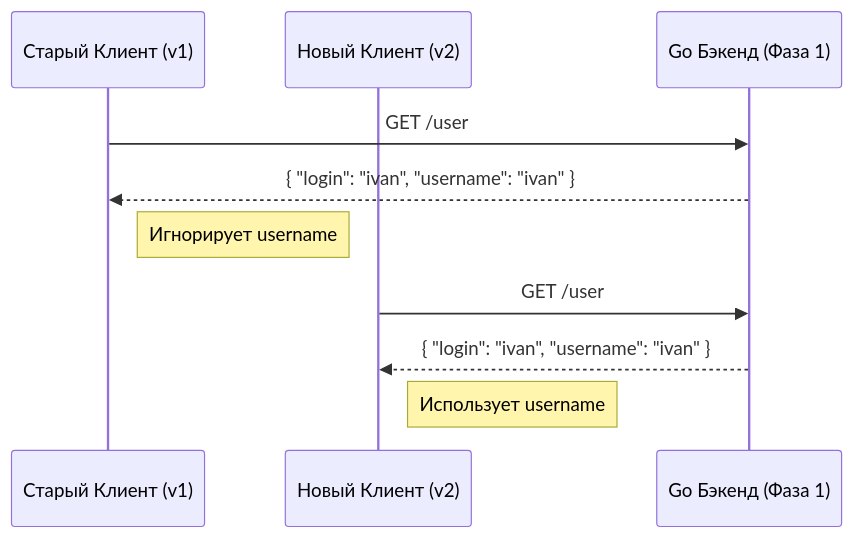
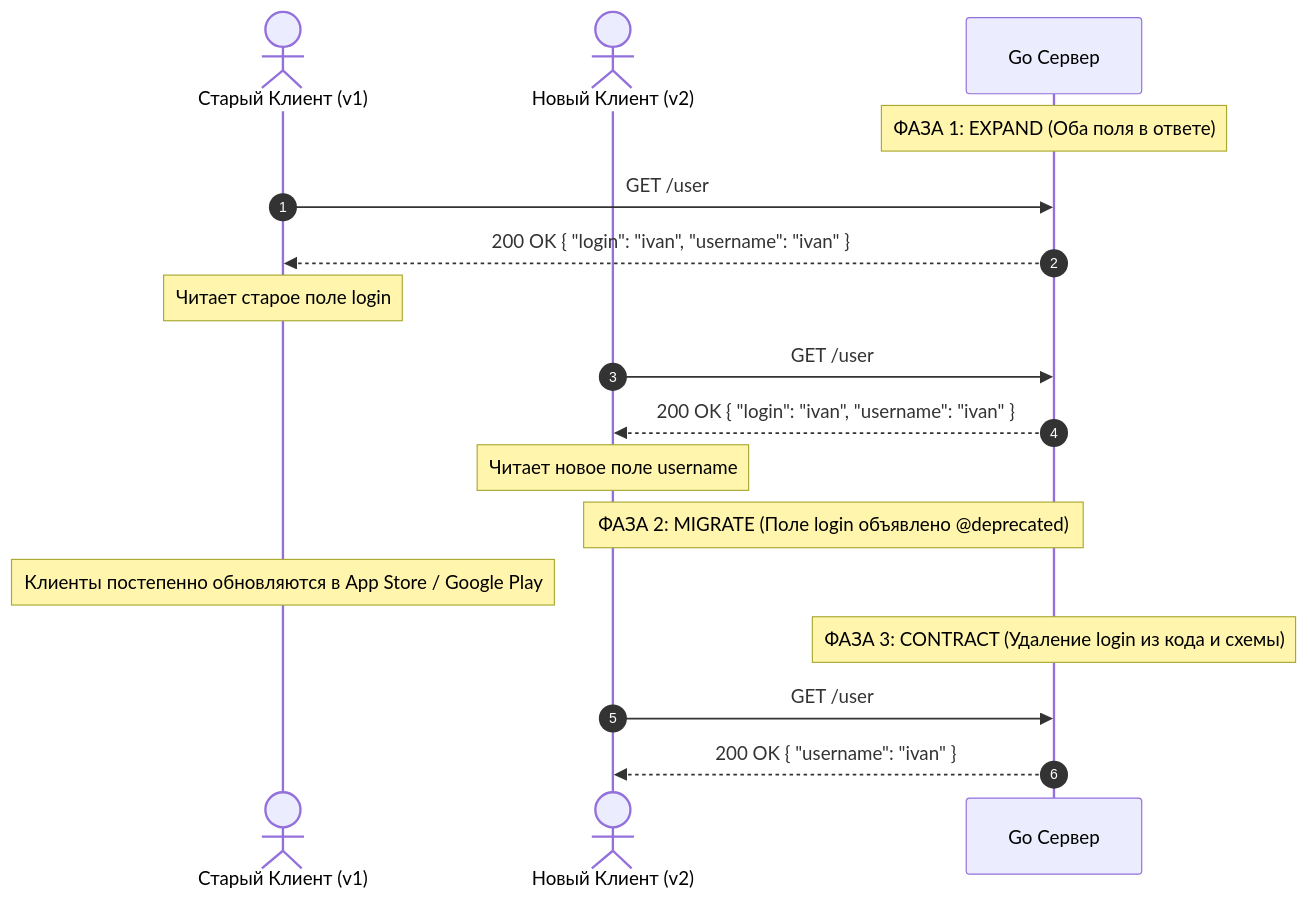
Before and after one commit to UnrealTemplier/go-textbook: the third of 3 diagrams in sources/10. Проектирование API и Сетевые протоколы/27. Backward compatibility.md, drawn with Mermaid. The commit also changed other lines of this file, not shown here.

````diff
--- a/sources/10. Проектирование API и Сетевые протоколы/27. Backward compatibility.md
+++ b/sources/10. Проектирование API и Сетевые протоколы/27. Backward compatibility.md
@@ -64,14 +128,23 @@
 ```mermaid
 sequenceDiagram
-    participant C1 as Старый Клиент (v1)
-    participant C2 as Новый Клиент (v2)
-    participant S as Go Бэкенд (Фаза 1)
+    autonumber
+    actor C1 as Старый Клиент (v1)
+    actor C2 as Новый Клиент (v2)
+    participant S as Go Сервер
 
+    Note over S: ФАЗА 1: EXPAND (Оба поля в ответе)
     C1->>S: GET /user
-    S-->>C1: { "login": "ivan", "username": "ivan" }
-    Note right of C1: Игнорирует username
+    S-->>C1: 200 OK { "login": "ivan", "username": "ivan" }
+    Note over C1: Читает старое поле login
 
     C2->>S: GET /user
-    S-->>C2: { "login": "ivan", "username": "ivan" }
-    Note right of C2: Использует username
+    S-->>C2: 200 OK { "login": "ivan", "username": "ivan" }
+    Note over C2: Читает новое поле username
+
+    Note over S,C2: ФАЗА 2: MIGRATE (Поле login объявлено @deprecated)
+    Note over C1: Клиенты постепенно обновляются в App Store / Google Play
+
+    Note over S: ФАЗА 3: CONTRACT (Удаление login из кода и схемы)
+    C2->>S: GET /user
+    S-->>C2: 200 OK { "username": "ivan" }
 ```
````
